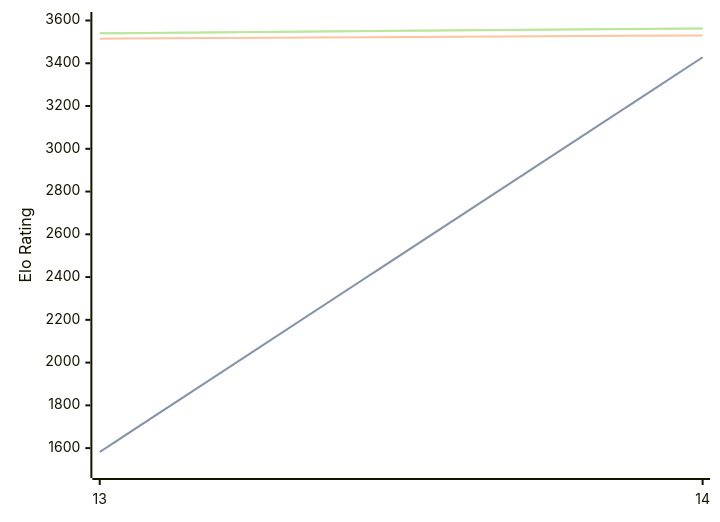
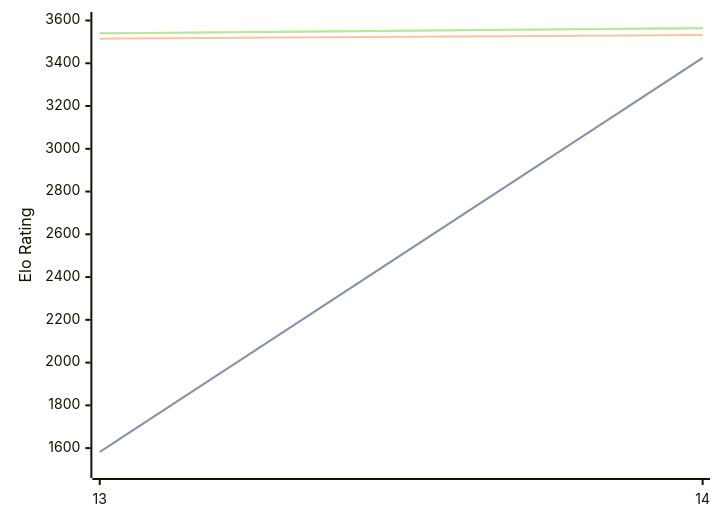
Before and after one commit to computer-chess-index/cci: the diagram in engines/Berserk.md, drawn with Mermaid. The commit also changed other lines of this file, not shown here.

Commit message:
Update CCI Ratings (ELO VLTC) - 2026-07-26

````diff
--- a/engines/Berserk.md
+++ b/engines/Berserk.md
@@ -63,11 +63,11 @@
 ```mermaid
 %%{init: {"theme":"base","themeVariables":{"seriesColors:['#a3a3a3','#222221','#faa371']}}}%%
 xychart-beta
   x-axis ["13", "14"]
   y-axis "Elo Rating" 1500 --> 3600
-  line "STC (8.0+0.08s)" [1582, 3428]
-  line "STC (8.0+0.08s)" [1582, 3428]
-  line "LTC (60.0+0.60s)" [3515, 3530]
-  line "VLTC (2m24s+1.12s)" [3540, 3563]
-  line "VLTC (2m24s+1.12s)" [3540, 3563]
+  line "STC (8.0+0.08s)" [1582, 3425]
+  line "STC (8.0+0.08s)" [1582, 3425]
+  line "LTC (60.0+0.60s)" [3515, 3532]
+  line "VLTC (2m24s+1.12s)" [3540, 3564]
+  line "VLTC (2m24s+1.12s)" [3540, 3564]
 ```
````
